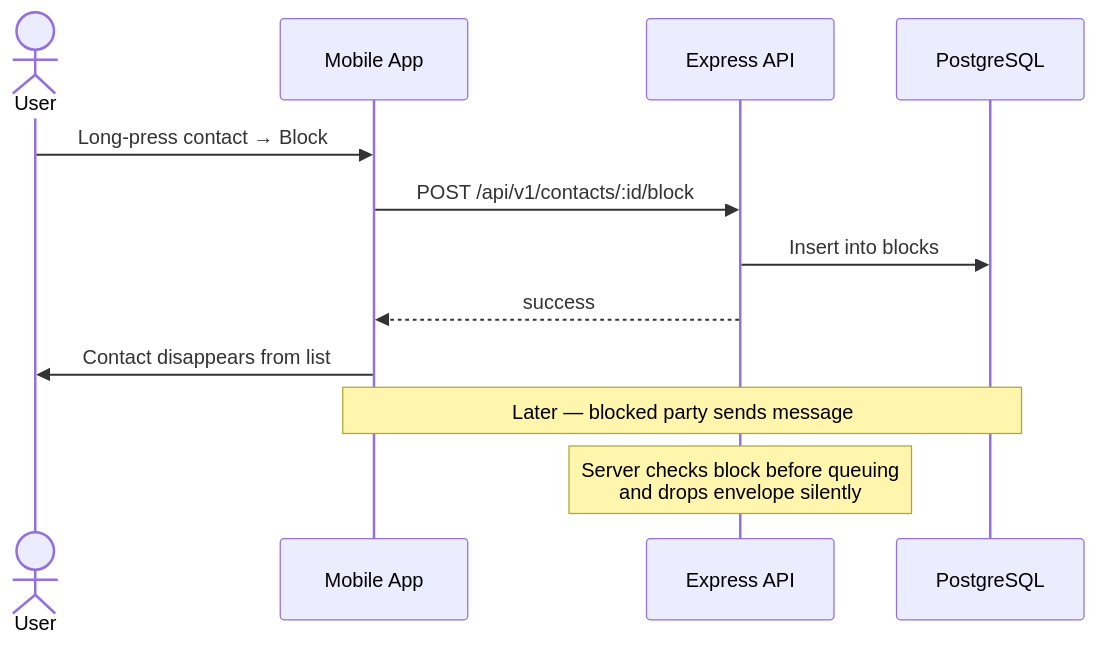
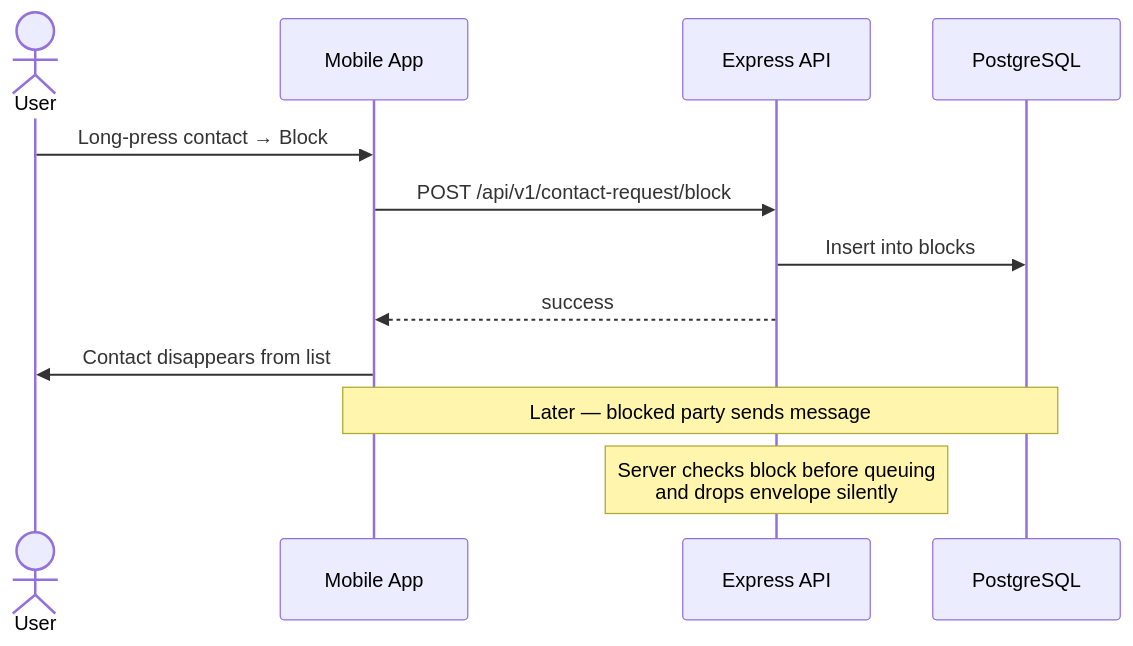
Before and after one commit to arahman200165/Loki: diagram 18 of 29 in loki-architecture.md, drawn with Mermaid. The commit also changed other lines of this file and 20 other files, not shown here.

````diff
--- a/loki-architecture.md
+++ b/loki-architecture.md
@@ -1225,16 +1227,16 @@
 ```mermaid
 sequenceDiagram
     actor User
     participant App as Mobile App
     participant API as Express API
     participant DB as PostgreSQL
 
     User->>App: Long-press contact → Block
-    App->>API: POST /api/v1/contacts/:id/block
+    App->>API: POST /api/v1/contact-request/block
     API->>DB: Insert into blocks
     API-->>App: success
     App->>User: Contact disappears from list
 
     Note over App,DB: Later — blocked party sends message
     Note over API: Server checks block before queuing<br/>and drops envelope silently
 ```
````
